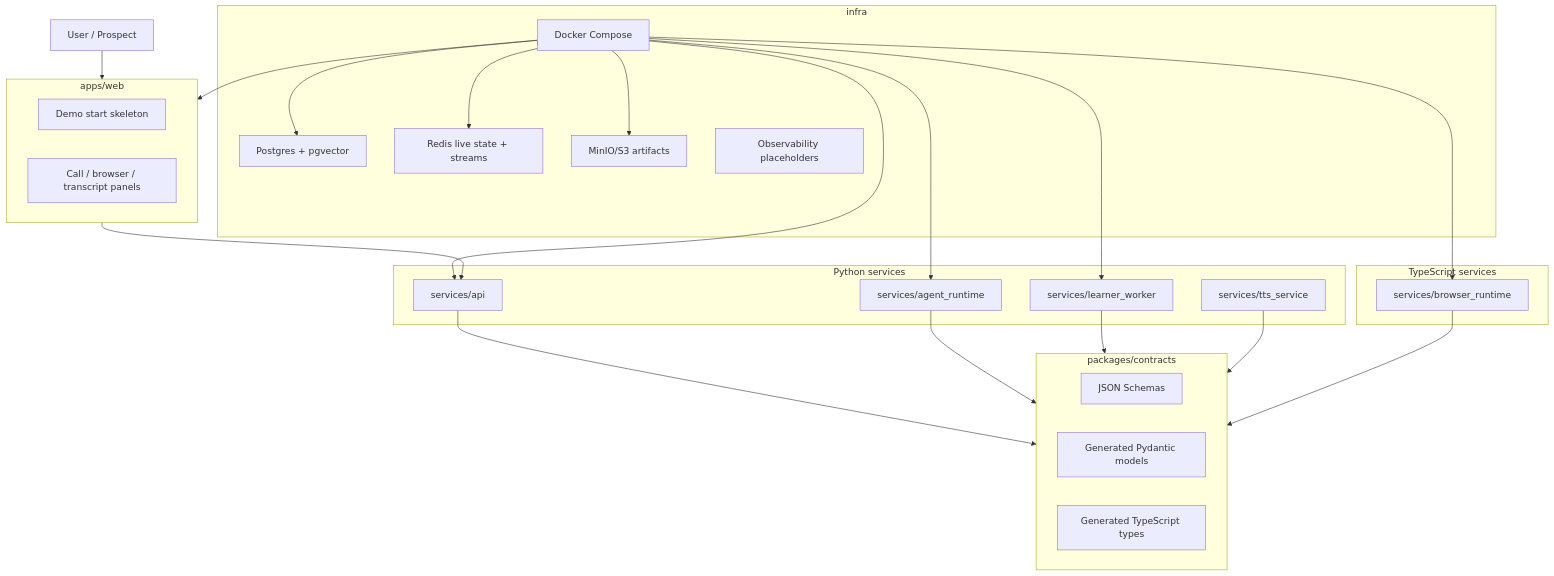
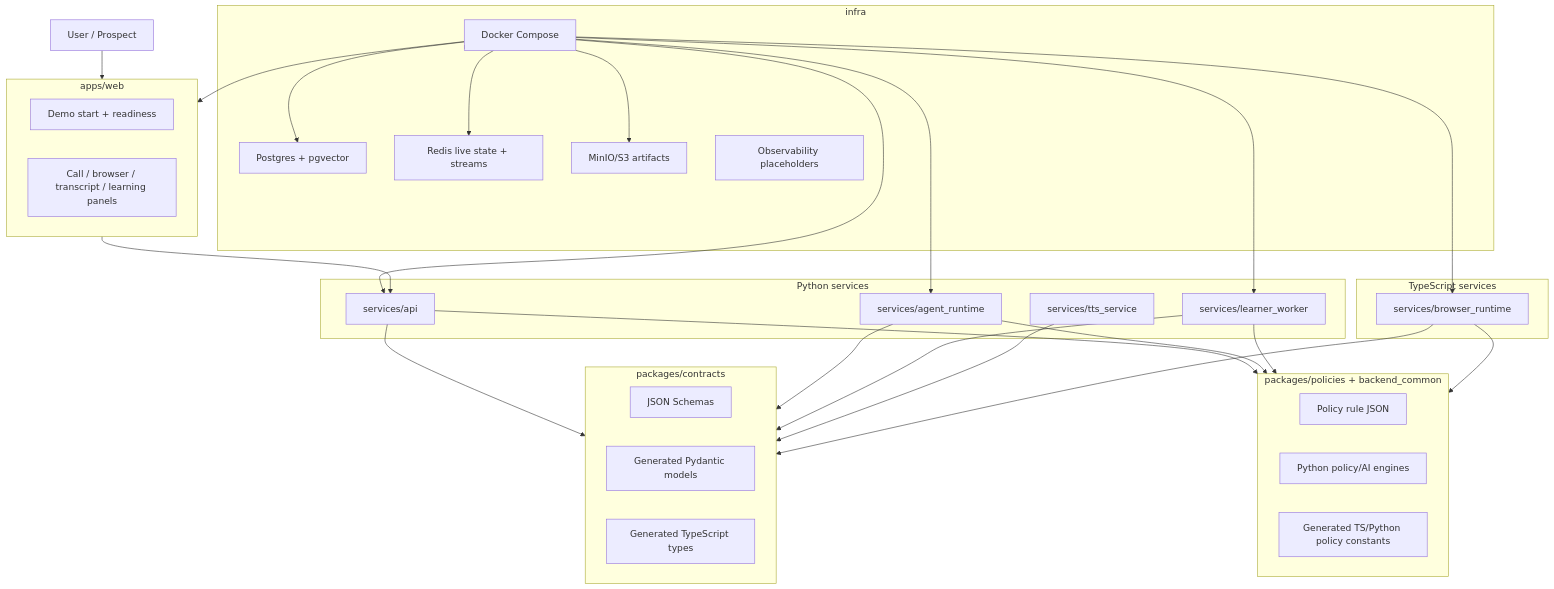
Before and after one commit to roshaninfordham/personalised-demo-ai-agent: the second of 23 diagrams in README.md, drawn with Mermaid. The commit also changed other lines of this file and 12 other files, not shown here.

````diff
--- a/README.md
+++ b/README.md
@@ -29,51 +58,61 @@
 ```mermaid
 flowchart TB
     User["User / Prospect"]
 
     subgraph Web["apps/web"]
-        Start["Demo start skeleton"]
-        Panels["Call / browser / transcript panels"]
+        Start["Demo start + readiness"]
+        Panels["Call / browser / transcript / learning panels"]
     end
 
     subgraph PythonServices["Python services"]
         API["services/api"]
         Agent["services/agent_runtime"]
         Learner["services/learner_worker"]
         TTS["services/tts_service"]
     end
 
     subgraph TypeScriptServices["TypeScript services"]
         Browser["services/browser_runtime"]
     end
 
     subgraph Contracts["packages/contracts"]
         Schemas["JSON Schemas"]
         PyModels["Generated Pydantic models"]
         TsTypes["Generated TypeScript types"]
     end
 
+    subgraph Policy["packages/policies + backend_common"]
+        Rules["Policy rule JSON"]
+        Engines["Python policy/AI engines"]
+        GeneratedPolicy["Generated TS/Python policy constants"]
+    end
+
     subgraph Infra["infra"]
         Compose["Docker Compose"]
         Postgres["Postgres + pgvector"]
         Redis["Redis live state + streams"]
         MinIO["MinIO/S3 artifacts"]
         Observability["Observability placeholders"]
     end
 
     User --> Web
     Web --> API
     API --> Contracts
     Agent --> Contracts
     Learner --> Contracts
     TTS --> Contracts
     Browser --> Contracts
+    API --> Policy
+    Agent --> Policy
+    Learner --> Policy
+    Browser --> Policy
     Compose --> Web
     Compose --> API
     Compose --> Agent
     Compose --> Browser
     Compose --> Learner
     Compose --> Postgres
     Compose --> Redis
     Compose --> MinIO
     Compose --> Infra
 ```
````
